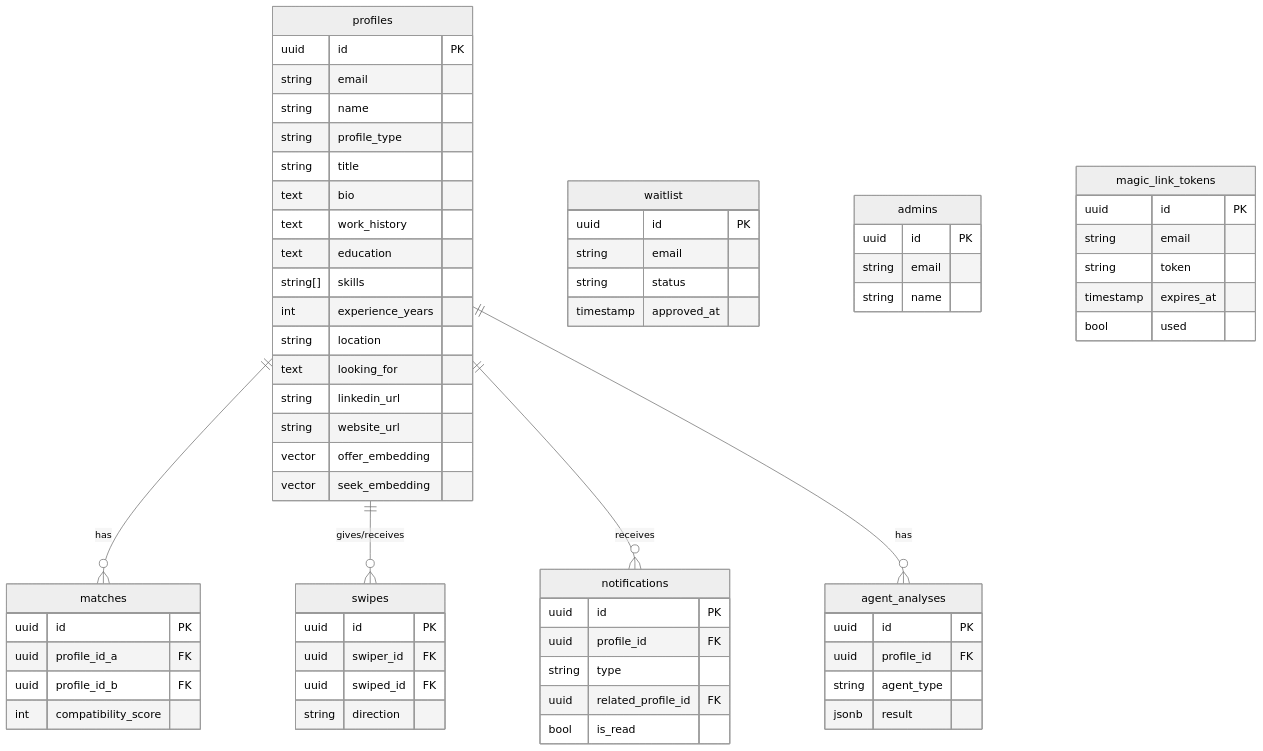
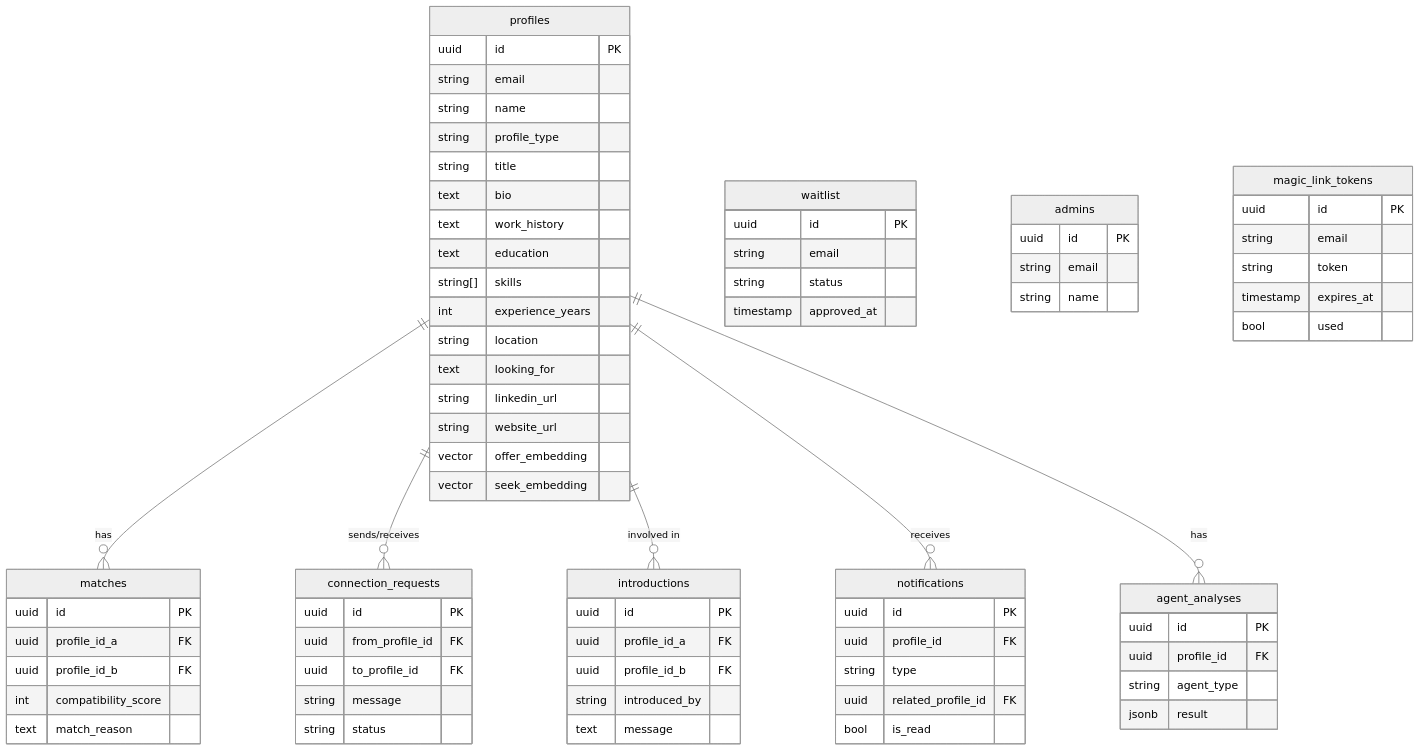
The fourth of 4 diagrams in README.md (nanookmetaal/jobbr), drawn with Mermaid (neutral theme) before and after one commit. The commit also changed other lines of this file, not shown here.

Commit message:
docs(readme): update features, schema, env vars, and hosting

````diff
--- a/README.md
+++ b/README.md
@@ -114,69 +113,79 @@
 ```mermaid
 erDiagram
     profiles {
         uuid id PK
         string email
         string name
         string profile_type
         string title
         text bio
         text work_history
         text education
         string[] skills
         int experience_years
         string location
         text looking_for
         string linkedin_url
         string website_url
         vector offer_embedding
         vector seek_embedding
     }
     matches {
         uuid id PK
         uuid profile_id_a FK
         uuid profile_id_b FK
         int compatibility_score
+        text match_reason
     }
-    swipes {
+    connection_requests {
         uuid id PK
-        uuid swiper_id FK
-        uuid swiped_id FK
-        string direction
+        uuid from_profile_id FK
+        uuid to_profile_id FK
+        string message
+        string status
+    }
+    introductions {
+        uuid id PK
+        uuid profile_id_a FK
+        uuid profile_id_b FK
+        string introduced_by
+        text message
     }
     notifications {
         uuid id PK
         uuid profile_id FK
         string type
         uuid related_profile_id FK
         bool is_read
     }
     agent_analyses {
         uuid id PK
         uuid profile_id FK
         string agent_type
         jsonb result
     }
     waitlist {
         uuid id PK
         string email
         string status
         timestamp approved_at
     }
     admins {
         uuid id PK
         string email
         string name
     }
     magic_link_tokens {
         uuid id PK
         string email
         string token
         timestamp expires_at
         bool used
     }
 
     profiles ||--o{ matches : "has"
-    profiles ||--o{ swipes : "gives/receives"
+    profiles ||--o{ connection_requests : "sends/receives"
+    profiles ||--o{ introductions : "involved in"
     profiles ||--o{ notifications : "receives"
     profiles ||--o{ agent_analyses : "has"
 ```
````
